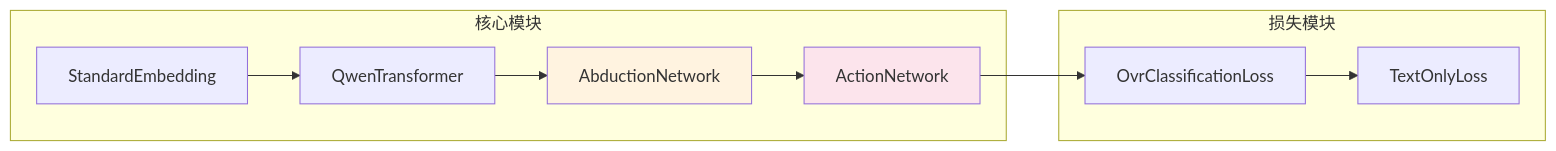
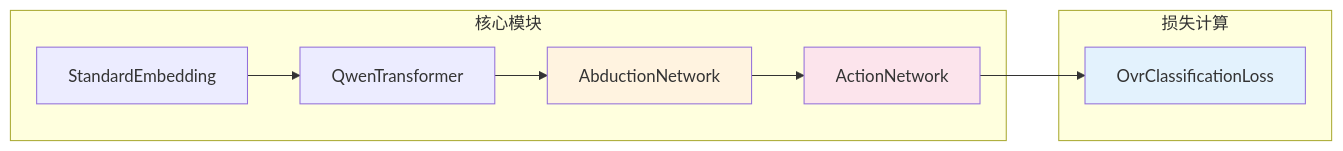
Before and after one commit to 1587causalai/CausalQwen: diagram 14 of 16 in design-docs/causal_qwen_text_only.md, drawn with Mermaid. The commit also changed other lines of this file, not shown here.

````diff
--- a/design-docs/causal_qwen_text_only.md
+++ b/design-docs/causal_qwen_text_only.md
@@ -469,20 +601,19 @@
 ```mermaid
 graph LR
     subgraph "核心模块"
         E[StandardEmbedding]
         T[QwenTransformer]
         A[AbductionNetwork]
         N[ActionNetwork]
     end
     
-    subgraph "损失模块"
+    subgraph "损失计算"
         O[OvrClassificationLoss]
-        L[TextOnlyLoss]
     end
     
-    E --> T --> A --> N
-    N --> O --> L
+    E --> T --> A --> N --> O
     
     style A fill:#fff3e0
     style N fill:#fce4ec
+    style O fill:#e3f2fd
 ```
````
